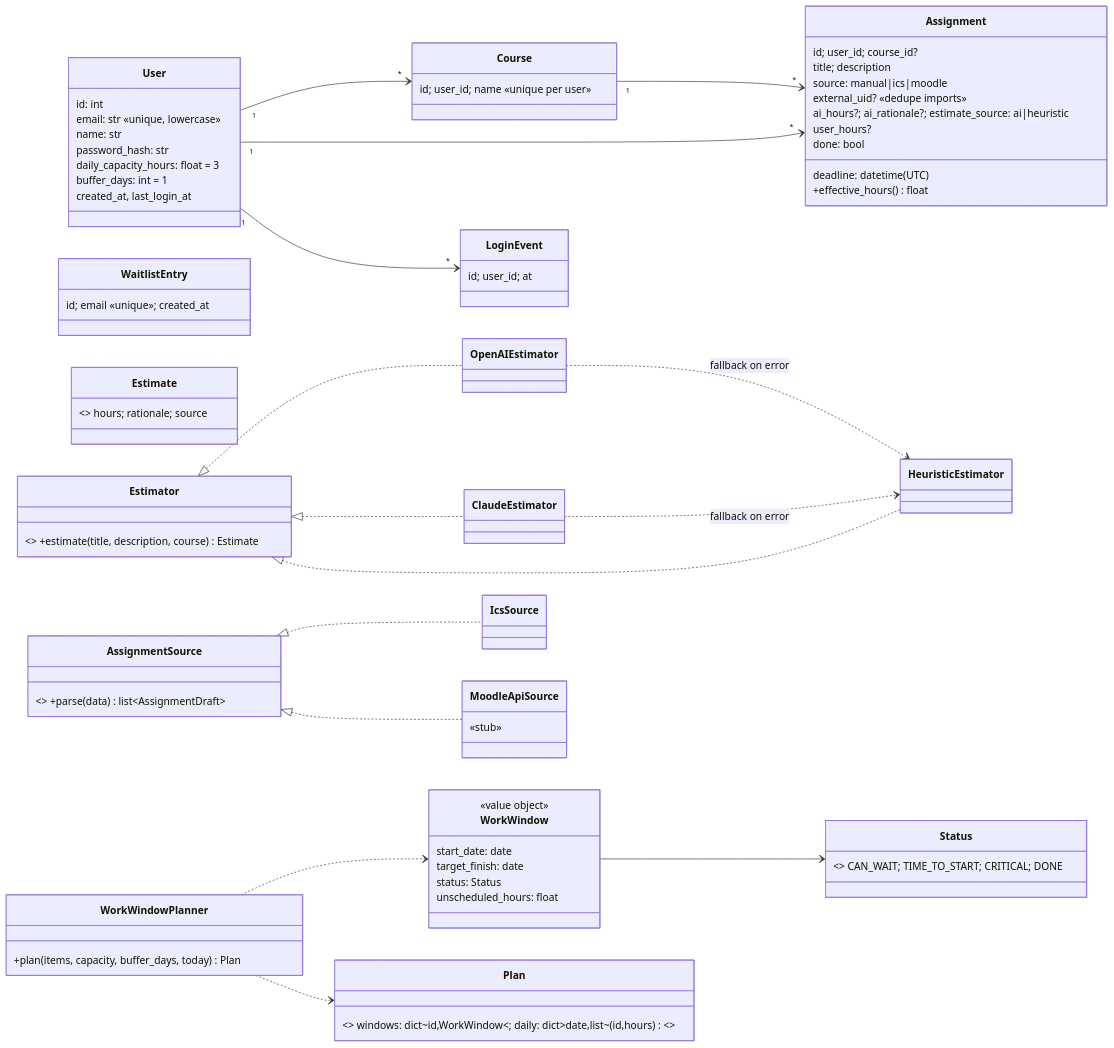
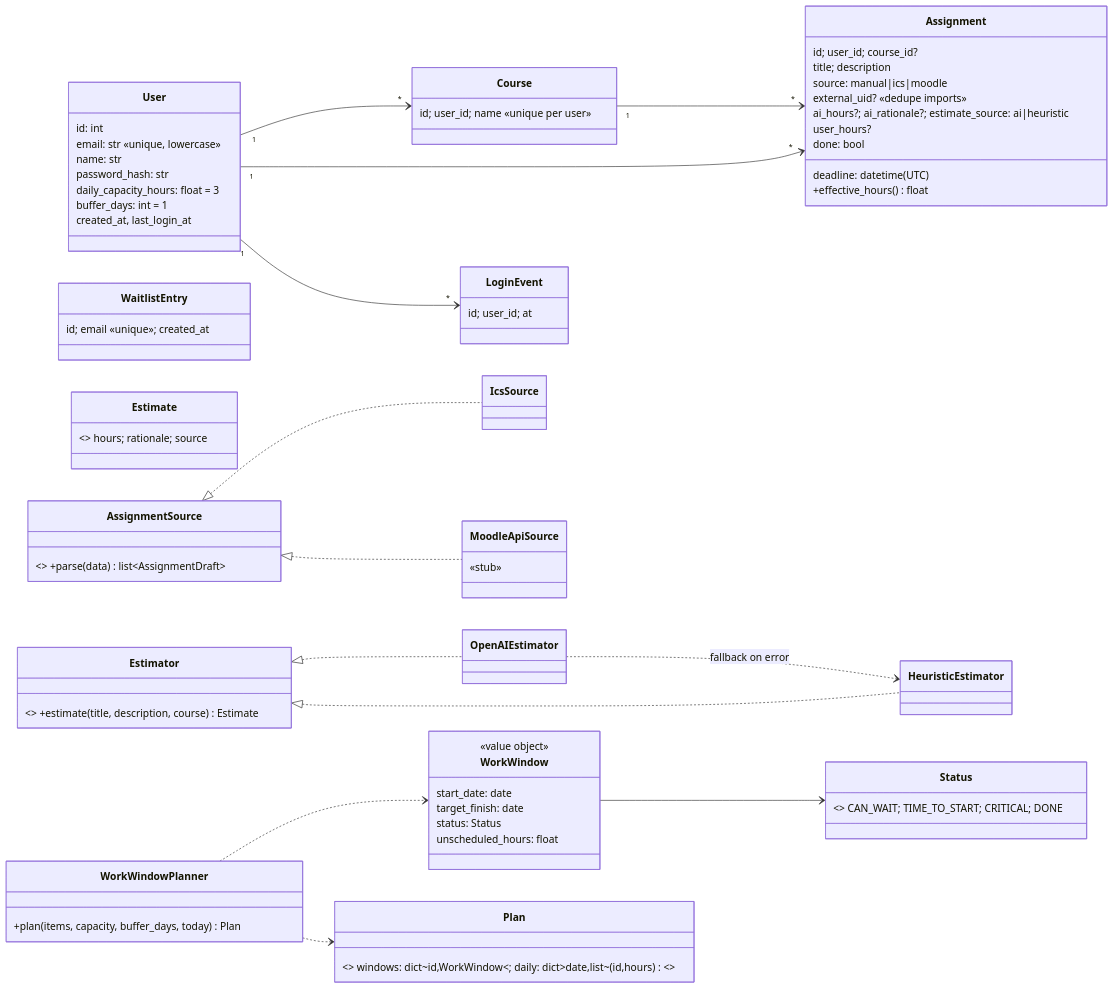
One commit to mr-amigo/AliveLine changed the diagram in docs/PLAN.md. Above: the diagram before and after it, drawn with Mermaid. The commit also changed other lines of this file and 14 other files, not shown here.

First line of the commit message:
refactor(ai): remove Bedrock/Claude estimator

````diff
--- a/docs/PLAN.md
+++ b/docs/PLAN.md
@@ -35,62 +35,59 @@
 ```mermaid
 classDiagram
   direction LR
   class User {
     id: int
     email: str  «unique, lowercase»
     name: str
     password_hash: str
     daily_capacity_hours: float = 3
     buffer_days: int = 1
     created_at, last_login_at
   }
   class Course { id; user_id; name «unique per user» }
   class Assignment {
     id; user_id; course_id?
     title; description
     deadline: datetime (UTC)
     source: manual|ics|moodle
     external_uid?  «dedupe imports»
     ai_hours?; ai_rationale?; estimate_source: ai|heuristic
     user_hours?
     done: bool
     +effective_hours() float
   }
   class WaitlistEntry { id; email «unique»; created_at }
   class LoginEvent { id; user_id; at }
 
   class WorkWindow {
     <<value object>>
     start_date: date
     target_finish: date
     status: Status
     unscheduled_hours: float
   }
   class Status { <<enum>> CAN_WAIT; TIME_TO_START; CRITICAL; DONE }
   class Estimate { <<value object>> hours; rationale; source }
 
   class Estimator { <<interface>> +estimate(title, description, course) Estimate }
   class OpenAIEstimator
-  class ClaudeEstimator
   class HeuristicEstimator
   class AssignmentSource { <<interface>> +parse(data) list~AssignmentDraft~ }
   class IcsSource
   class MoodleApiSource { «stub» }
   class WorkWindowPlanner { +plan(items, capacity, buffer_days, today) Plan }
   class Plan { <<value object>> windows: dict~id,WorkWindow~; daily: dict~date,list~(id,hours)~~ }
 
   User "1" --> "*" Course
   User "1" --> "*" Assignment
   User "1" --> "*" LoginEvent
   Course "1" --> "*" Assignment
   Estimator <|.. OpenAIEstimator
-  Estimator <|.. ClaudeEstimator
   OpenAIEstimator ..> HeuristicEstimator : fallback on error
   Estimator <|.. HeuristicEstimator
-  ClaudeEstimator ..> HeuristicEstimator : fallback on error
   AssignmentSource <|.. IcsSource
   AssignmentSource <|.. MoodleApiSource
   WorkWindowPlanner ..> WorkWindow
   WorkWindowPlanner ..> Plan
   WorkWindow --> Status
 ```
````
